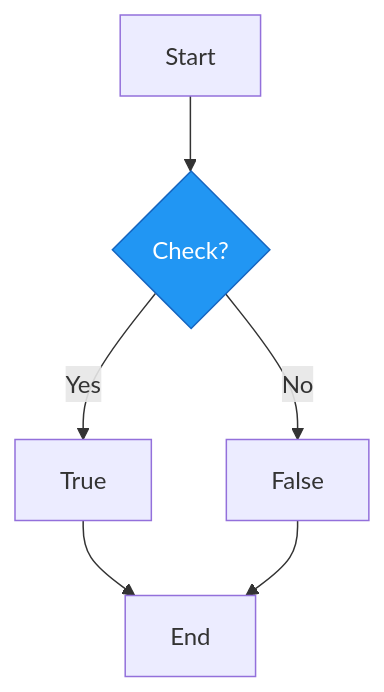
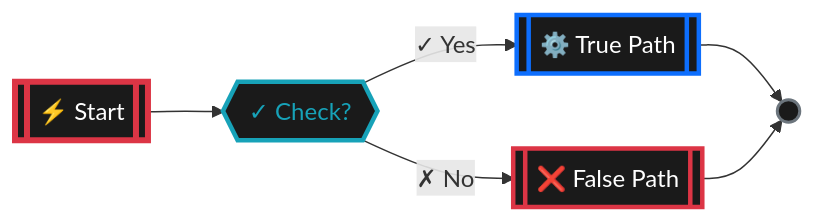
One commit to Mittenzx/Adastrea changed the second of 4 diagrams in BLUEPRINT_DISPLAY_CHEATSHEET.md. Above: the diagram before and after it, drawn with Mermaid. The commit also changed other lines of this file and 2 other files, not shown here.

First line of the commit message:
Update Mermaid diagrams with Unreal Engine node styling

````diff
--- a/BLUEPRINT_DISPLAY_CHEATSHEET.md
+++ b/BLUEPRINT_DISPLAY_CHEATSHEET.md
@@ -224,10 +236,14 @@
 ```mermaid
-graph TD
-    A[Start] --> B{Check?}
-    B -->|Yes| C[True]
-    B -->|No| D[False]
-    C --> E[End]
+graph LR
+    A[["⚡ Start"]] --> B{{"✓ Check?"}}
+    B -->|"✓ Yes"| C[["⚙️ True Path"]]
+    B -->|"✗ No"| D[["❌ False Path"]]
+    C --> E(( ))
     D --> E
     
-    style B fill:#2196F3,stroke:#1565C0,color:#fff
+    style A fill:#1a1a1a,stroke:#DC3545,stroke-width:4px,color:#fff,rx:10,ry:10
+    style B fill:#1a1a1a,stroke:#17a2b8,stroke-width:3px,color:#17a2b8
+    style C fill:#1a1a1a,stroke:#0d6efd,stroke-width:3px,color:#fff,rx:10,ry:10
+    style D fill:#1a1a1a,stroke:#DC3545,stroke-width:3px,color:#fff,rx:10,ry:10
+    style E fill:#1a1a1a,stroke:#6c757d,stroke-width:2px,color:#fff
 ```
````
